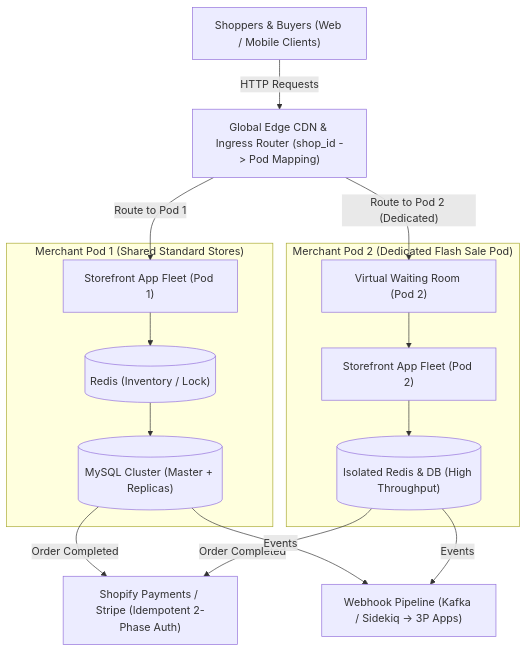
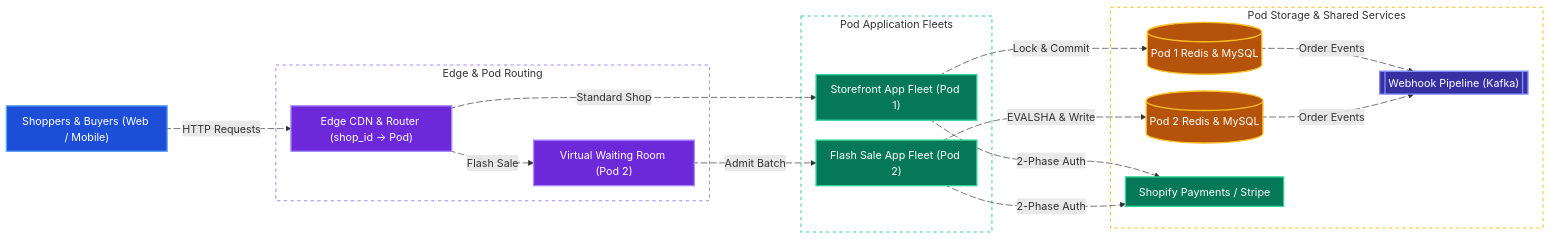
The first of 4 diagrams in system-design/shopify.md (tarunbatta/tech-interview-prep), drawn with Mermaid before and after one commit. The commit also changed other lines of this file and 30 other files, not shown here.

First line of the commit message:
docs(system-design): convert Mermaid flowcharts to LR with colors and animated edges

````diff
--- a/system-design/shopify.md
+++ b/system-design/shopify.md
@@ -66,18 +66,57 @@
 ```mermaid
-flowchart TD
-    Shoppers["Shoppers & Buyers (Web / Mobile Clients)"] -->|"HTTP Requests"| Edge["Global Edge CDN & Ingress Router (shop_id -> Pod Mapping)"]
-    Edge -->|"Route to Pod 1"| App1["Storefront App Fleet (Pod 1)"]
-    Edge -->|"Route to Pod 2 (Dedicated)"| WaitRoom["Virtual Waiting Room (Pod 2)"]
-    subgraph Pod1["Merchant Pod 1 (Shared Standard Stores)"]
-        App1 --> Redis1[("Redis (Inventory / Lock)")]
-        Redis1 --> DB1[("MySQL Cluster (Master + Replicas)")]
+%%{init: {'flowchart': {'nodeSpacing': 25, 'rankSpacing': 45, 'padding': 10}}}%%
+flowchart LR
+    Shoppers["Shoppers & Buyers (Web / Mobile)"]
+    subgraph EdgeTier["Edge & Pod Routing"]
+        Edge["Edge CDN & Router (shop_id -> Pod)"]
+        WaitRoom["Virtual Waiting Room (Pod 2)"]
     end
-    subgraph Pod2["Merchant Pod 2 (Dedicated Flash Sale Pod)"]
-        WaitRoom --> App2["Storefront App Fleet (Pod 2)"]
-        App2 --> DB2[("Isolated Redis & DB (High Throughput)")]
+    subgraph PodApps["Pod Application Fleets"]
+        App1["Storefront App Fleet (Pod 1)"]
+        App2["Flash Sale App Fleet (Pod 2)"]
     end
-    DB1 -->|"Order Completed"| Payments["Shopify Payments / Stripe (Idempotent 2-Phase Auth)"]
-    DB2 -->|"Order Completed"| Payments
-    DB1 -->|"Events"| Webhooks["Webhook Pipeline (Kafka / Sidekiq -> 3P Apps)"]
-    DB2 -->|"Events"| Webhooks
+    subgraph PodStorage["Pod Storage & Shared Services"]
+        Redis1[("Pod 1 Redis & MySQL")]
+        DB2[("Pod 2 Redis & MySQL")]
+        Payments["Shopify Payments / Stripe"]
+        Webhooks[["Webhook Pipeline (Kafka)"]]
+    end
+    Shoppers e1@-->|"HTTP Requests"| Edge
+    Edge e2@-->|"Standard Shop"| App1
+    Edge e3@-->|"Flash Sale"| WaitRoom
+    WaitRoom e4@-->|"Admit Batch"| App2
+    App1 e5@-->|"Lock & Commit"| Redis1
+    App2 e6@-->|"EVALSHA & Write"| DB2
+    App1 e7@-->|"2-Phase Auth"| Payments
+    App2 e8@-->|"2-Phase Auth"| Payments
+    Redis1 e9@-->|"Order Events"| Webhooks
+    DB2 e10@-->|"Order Events"| Webhooks
+
+    e1@{ animate: true }
+    e2@{ animate: true }
+    e3@{ animate: true }
+    e4@{ animate: true }
+    e5@{ animate: true }
+    e6@{ animate: true }
+    e7@{ animate: true }
+    e8@{ animate: true }
+    e9@{ animate: true }
+    e10@{ animate: true }
+
+    classDef client fill:#1d4ed8,stroke:#60a5fa,stroke-width:2px,color:#ffffff
+    classDef edge fill:#6d28d9,stroke:#a78bfa,stroke-width:2px,color:#ffffff
+    classDef service fill:#047857,stroke:#34d399,stroke-width:2px,color:#ffffff
+    classDef worker fill:#0e7490,stroke:#22d3ee,stroke-width:2px,color:#ffffff
+    classDef storage fill:#b45309,stroke:#fbbf24,stroke-width:2px,color:#ffffff
+    classDef queue fill:#3730a3,stroke:#818cf8,stroke-width:2px,color:#ffffff
+
+    class Shoppers client
+    class Edge,WaitRoom edge
+    class App1,App2,Payments service
+    class Redis1,DB2 storage
+    class Webhooks queue
+
+    style EdgeTier fill:transparent,stroke:#a78bfa,stroke-width:1.5px,stroke-dasharray: 5 5
+    style PodApps fill:transparent,stroke:#34d399,stroke-width:1.5px,stroke-dasharray: 5 5
+    style PodStorage fill:transparent,stroke:#fbbf24,stroke-width:1.5px,stroke-dasharray: 5 5
 ```
````
